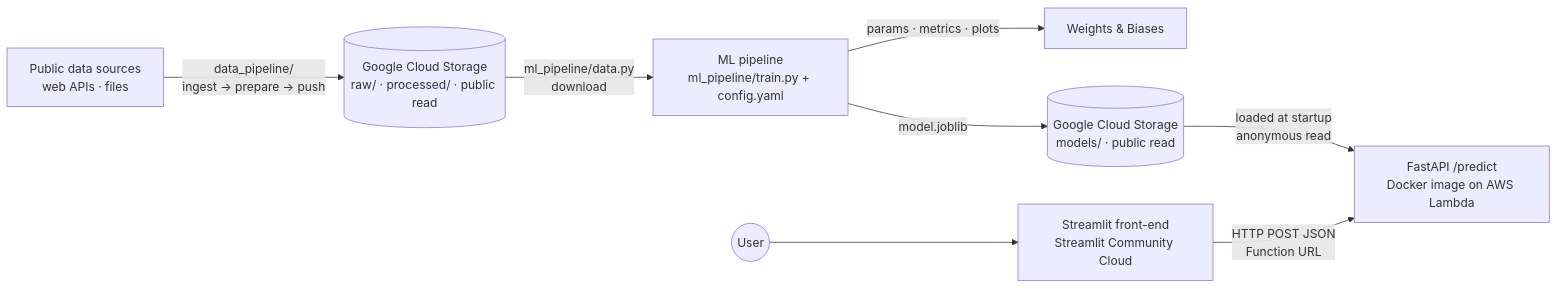
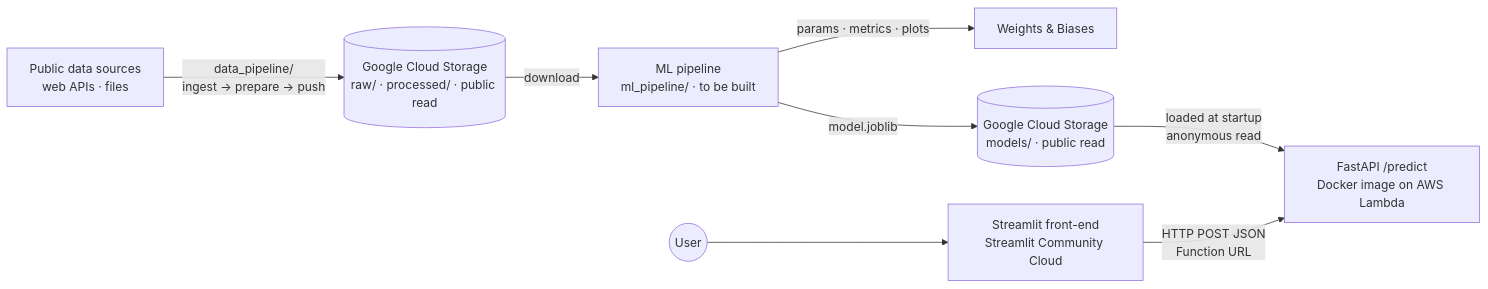
One commit to haydn-s/climate-impact-pipeline changed the diagram in README.md. Above: the diagram before and after it, drawn with Mermaid. The commit also changed other lines of this file and 34 other files, not shown here.

First line of the commit message:
refactor: removed the ML pipeline demo that was implemented as a result of the data pipeline demo

````diff
--- a/README.md
+++ b/README.md
@@ -79,10 +78,10 @@
 ```mermaid
 flowchart LR
     SRC[Public data sources<br/>web APIs · files] -->|data_pipeline/<br/>ingest → prepare → push| STORED[(Google Cloud Storage<br/>raw/ · processed/ · public read)]
-    STORED -->|ml_pipeline/data.py<br/>download| TRAIN[ML pipeline<br/>ml_pipeline/train.py + config.yaml]
+    STORED -->|download| TRAIN[ML pipeline<br/>ml_pipeline/ · to be built]
     TRAIN -->|params · metrics · plots| WB[Weights & Biases]
     TRAIN -->|model.joblib| STOREM[(Google Cloud Storage<br/>models/ · public read)]
     STOREM -->|loaded at startup<br/>anonymous read| API[FastAPI /predict<br/>Docker image on AWS Lambda]
     UI[Streamlit front-end<br/>Streamlit Community Cloud] -->|HTTP POST JSON<br/>Function URL| API
     USER((User)) --> UI
 ```
````
